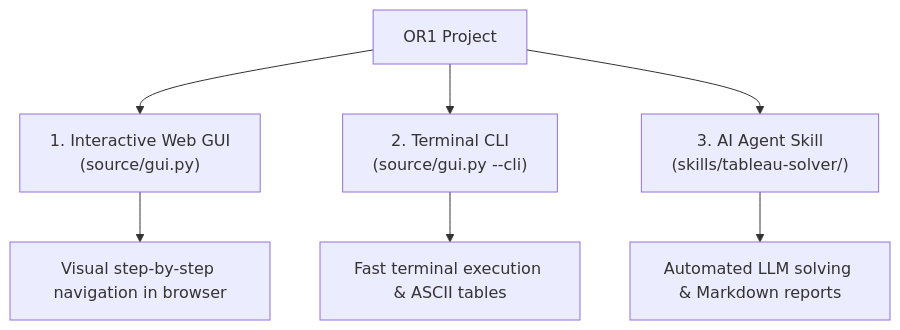
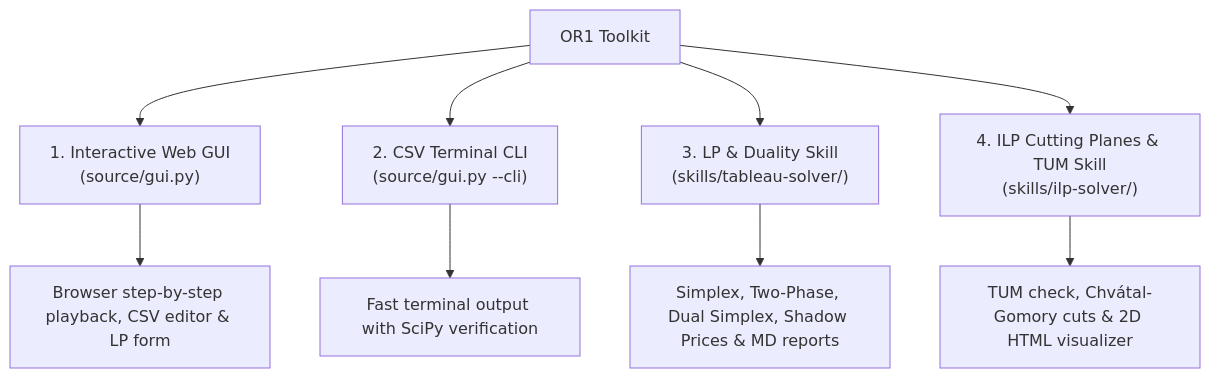
One commit to Chiesurin/or1 changed the diagram in INSTRUCTIONS.md. Above: the diagram before and after it, drawn with Mermaid. The commit also changed other lines of this file and 6 other files, not shown here.

````diff
--- a/INSTRUCTIONS.md
+++ b/INSTRUCTIONS.md
@@ -28,10 +29,12 @@
 ```mermaid
 flowchart TD
-    A["OR1 Project"] --> B["1. Interactive Web GUI<br/>(source/gui.py)"]
-    A --> C["2. Terminal CLI<br/>(source/gui.py --cli)"]
-    A --> D["3. AI Agent Skill<br/>(skills/tableau-solver/)"]
-    
-    B --> E["Visual step-by-step navigation in browser"]
-    C --> F["Fast terminal execution & ASCII tables"]
-    D --> G["Automated LLM solving & Markdown reports"]
+    A["OR1 Toolkit"] --> B["1. Interactive Web GUI<br/>(source/gui.py)"]
+    A --> C["2. CSV Terminal CLI<br/>(source/gui.py <file.csv> --cli)"]
+    A --> D["3. LP & Duality Skill<br/>(skills/tableau-solver/)"]
+    A --> E["4. ILP Cutting Planes & TUM Skill<br/>(skills/ilp-solver/)"]
+
+    B --> F["Browser step-by-step playback, CSV editor & LP form"]
+    C --> G["Fast terminal output with SciPy verification"]
+    D --> H["Simplex, Two-Phase, Dual Simplex, Shadow Prices & MD reports"]
+    E --> I["TUM check, Chvátal-Gomory cuts & 2D HTML visualizer"]
 ```
````
